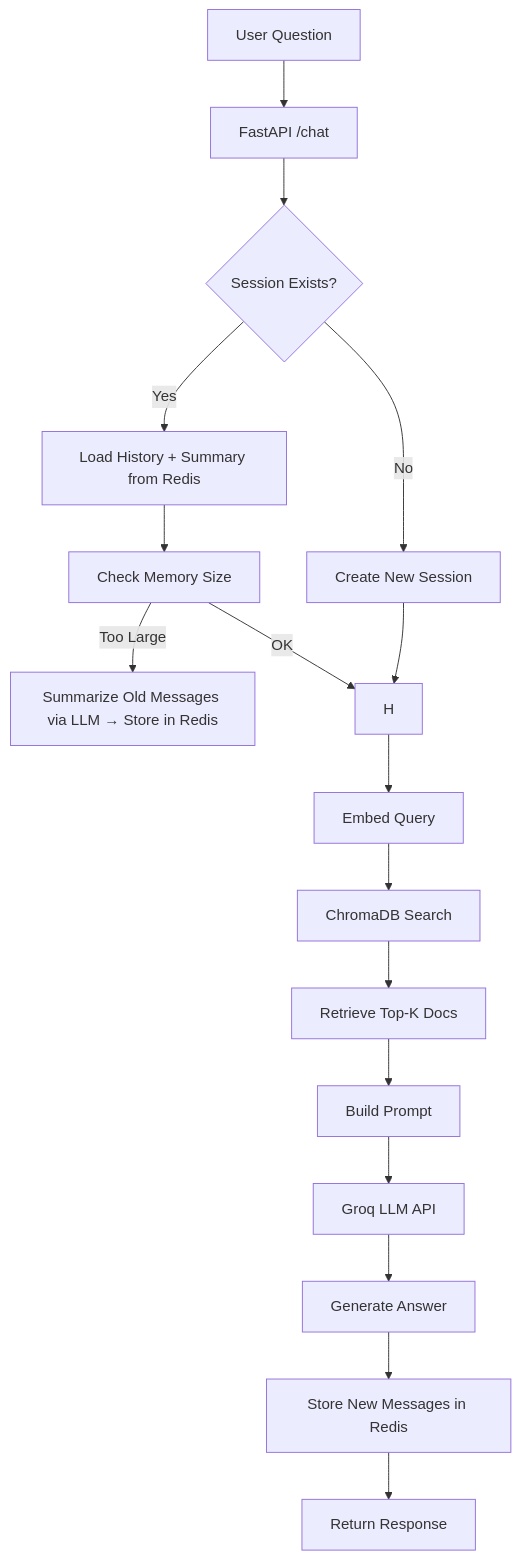
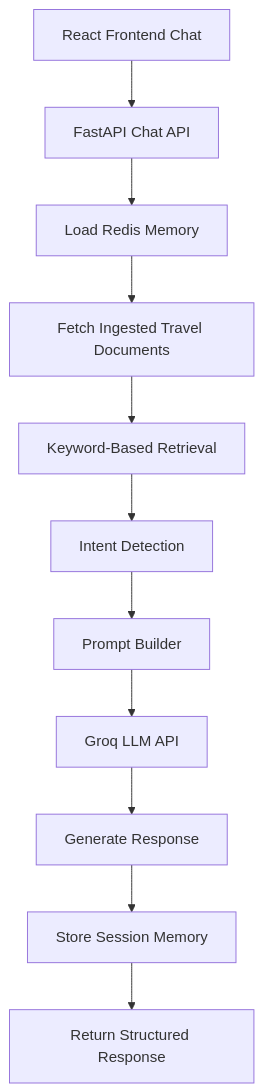
Before and after one commit to salahinmushfiq/smart_travel_ai: the first of 2 diagrams in README.md, drawn with Mermaid. The commit also changed other lines of this file, not shown here.

````diff
--- a/README.md
+++ b/README.md
@@ -161,27 +194,23 @@
 ```mermaid
 flowchart TD
 
-A[User Question] --> B[FastAPI /chat]
+A[React Frontend Chat] --> B[FastAPI Chat API]
 
-B --> C{Session Exists?}
-C -->|Yes| D[Load History + Summary from Redis]
-C -->|No| E[Create New Session]
+B --> C[Load Redis Memory]
 
-D --> F[Check Memory Size]
-F -->|Too Large| G[Summarize Old Messages via LLM → Store in Redis]
-F -->|OK| H
+C --> D[Fetch Ingested Travel Documents]
 
-E --> H
+D --> E[Keyword-Based Retrieval]
 
-H --> I[Embed Query]
-I --> J[ChromaDB Search]
-J --> K[Retrieve Top-K Docs]
+E --> F[Intent Detection]
 
-K --> L[Build Prompt]
-L --> M[Groq LLM API]
+F --> G[Prompt Builder]
 
-M --> N[Generate Answer]
+G --> H[Groq LLM API]
 
-N --> O[Store New Messages in Redis]
-O --> P[Return Response]
+H --> I[Generate Response]
+
+I --> J[Store Session Memory]
+
+J --> K[Return Structured Response]
 ```
````
